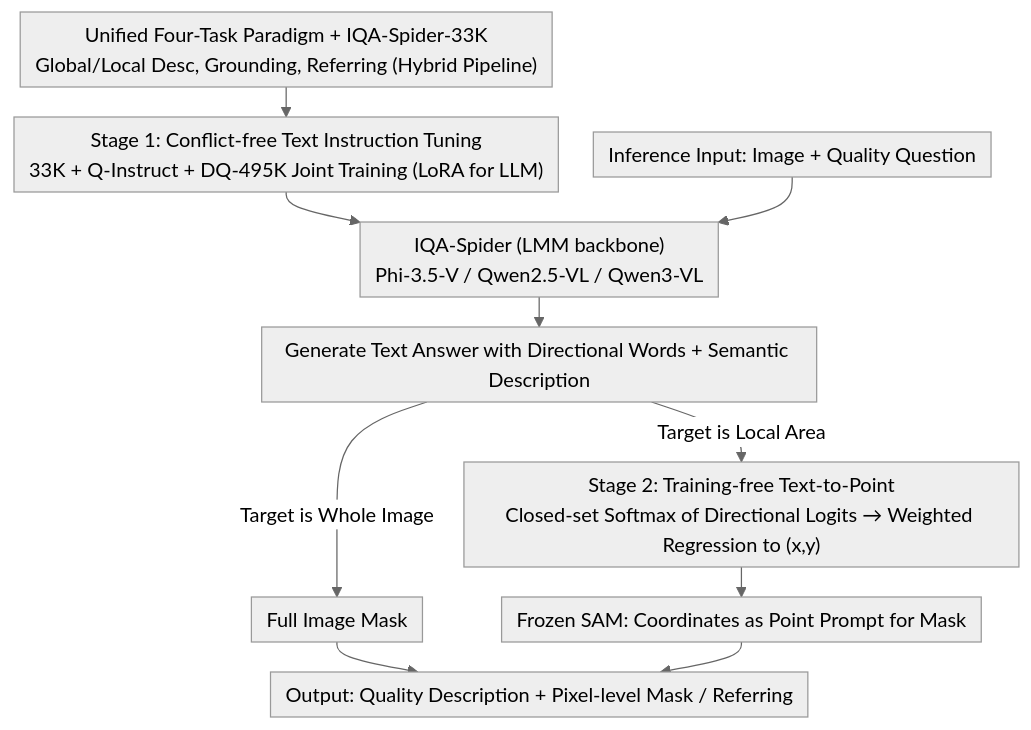
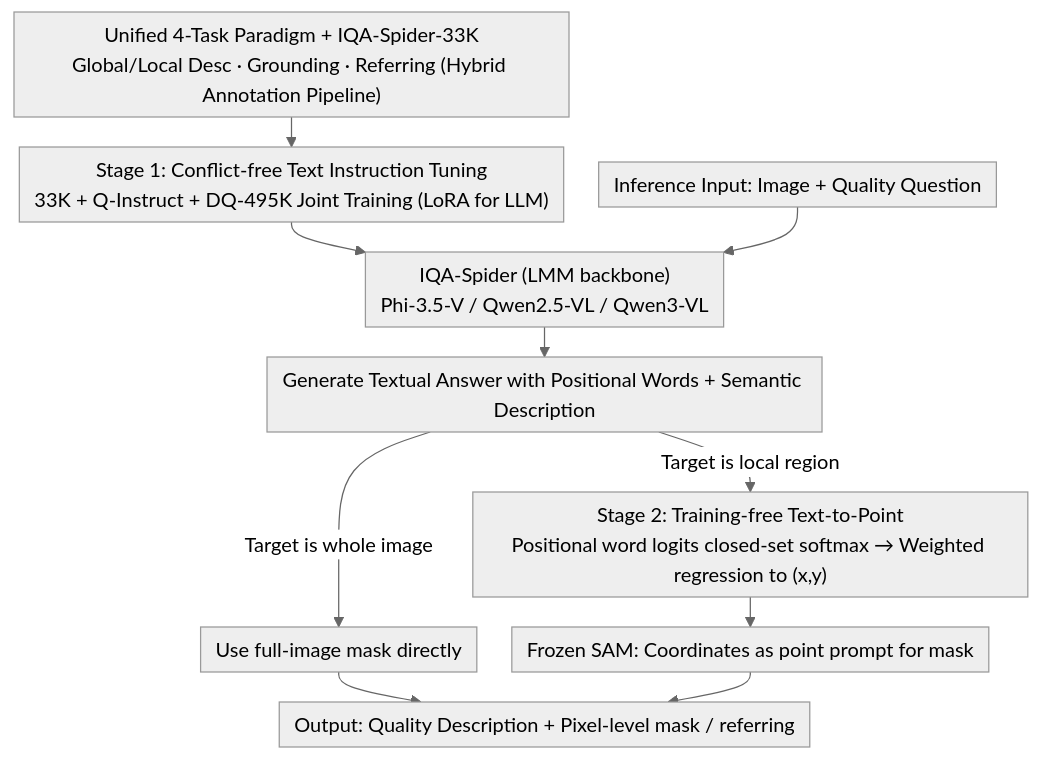
The diagram in docs/ICML2026/interpretability/iqa-spider_unifying_multi-granularity_image_quality_assessment_with_reasoning_gr.md (zhaoyang97/Paper-Notes-en), drawn with Mermaid (neutral theme) before and after one commit. The commit also changed other lines of this file and 5084 other files, not shown here.

````diff
--- a/docs/ICML2026/interpretability/iqa-spider_unifying_multi-granularity_image_quality_assessment_with_reasoning_gr.md
+++ b/docs/ICML2026/interpretability/iqa-spider_unifying_multi-granularity_image_quality_assessment_with_reasoning_gr.md
@@ -47,13 +47,13 @@
 ```mermaid
 %%{init: {'flowchart': {'rankSpacing': 24, 'nodeSpacing': 28, 'padding': 6, 'wrappingWidth': 420}}}%%
 flowchart TD
-    A["Unified Four-Task Paradigm + IQA-Spider-33K<br/>Global/Local Desc, Grounding, Referring (Hybrid Pipeline)"] --> B["Stage 1: Conflict-free Text Instruction Tuning<br/>33K + Q-Instruct + DQ-495K Joint Training (LoRA for LLM)"]
+    A["Unified 4-Task Paradigm + IQA-Spider-33K<br/>Global/Local Desc · Grounding · Referring (Hybrid Annotation Pipeline)"] --> B["Stage 1: Conflict-free Text Instruction Tuning<br/>33K + Q-Instruct + DQ-495K Joint Training (LoRA for LLM)"]
     B --> C["IQA-Spider (LMM backbone)<br/>Phi-3.5-V / Qwen2.5-VL / Qwen3-VL"]
     D["Inference Input: Image + Quality Question"] --> C
-    C --> E["Generate Text Answer with Directional Words + Semantic Description"]
-    E -->|Target is Whole Image| F["Full Image Mask"]
-    E -->|Target is Local Area| G["Stage 2: Training-free Text-to-Point<br/>Closed-set Softmax of Directional Logits → Weighted Regression to (x,y)"]
-    G --> H["Frozen SAM: Coordinates as Point Prompt for Mask"]
-    F --> I["Output: Quality Description + Pixel-level Mask / Referring"]
+    C --> E["Generate Textual Answer with Positional Words + Semantic Description"]
+    E -->|Target is whole image| F["Use full-image mask directly"]
+    E -->|Target is local region| G["Stage 2: Training-free Text-to-Point<br/>Positional word logits closed-set softmax → Weighted regression to (x,y)"]
+    G --> H["Frozen SAM: Coordinates as point prompt for mask"]
+    F --> I["Output: Quality Description + Pixel-level mask / referring"]
     H --> I
 ```
````
